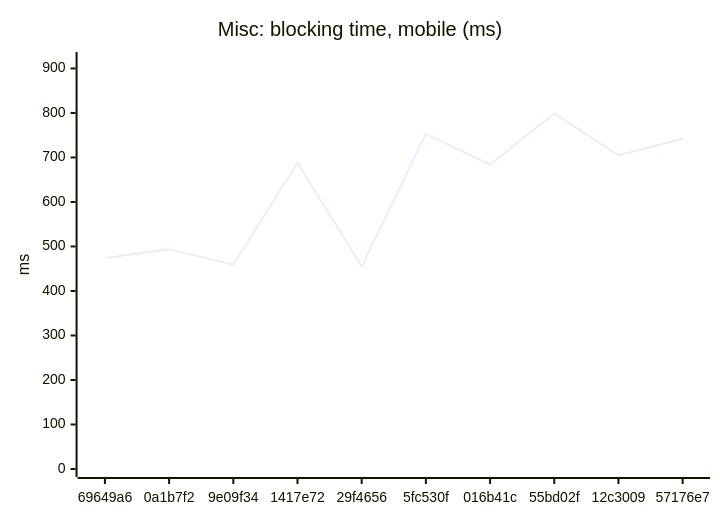
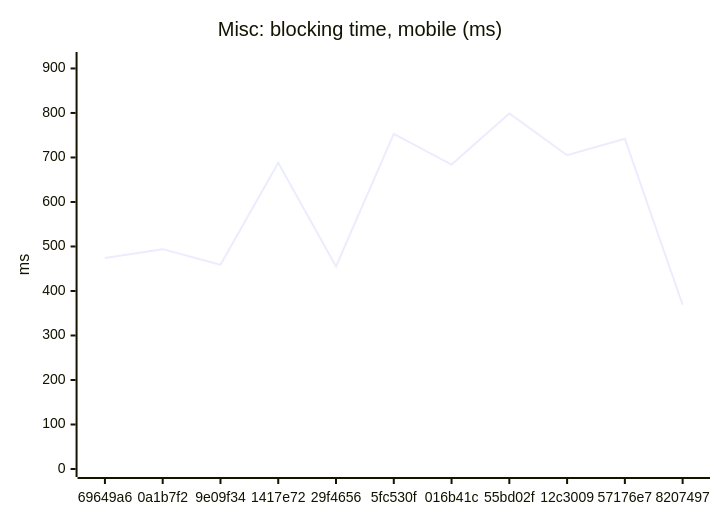
The eighth of 18 diagrams in README.md (AxelUser/maltsev.space), drawn with Mermaid before and after one commit. The commit also changed other lines of this file and 1 other file, not shown here.

````diff
--- a/README.md
+++ b/README.md
@@ -97,7 +97,7 @@
 ```mermaid
 xychart-beta
   title "Misc: blocking time, mobile (ms)"
-  x-axis ["69649a6", "0a1b7f2", "9e09f34", "1417e72", "29f4656", "5fc530f", "016b41c", "55bd02f", "12c3009", "57176e7"]
+  x-axis ["69649a6", "0a1b7f2", "9e09f34", "1417e72", "29f4656", "5fc530f", "016b41c", "55bd02f", "12c3009", "57176e7", "8207497"]
   y-axis "ms" 0 --> 919
-  line [474, 494, 459, 688, 455, 753, 684, 799, 705, 742]
+  line [474, 494, 459, 688, 455, 753, 684, 799, 705, 742, 369]
 ```
````
